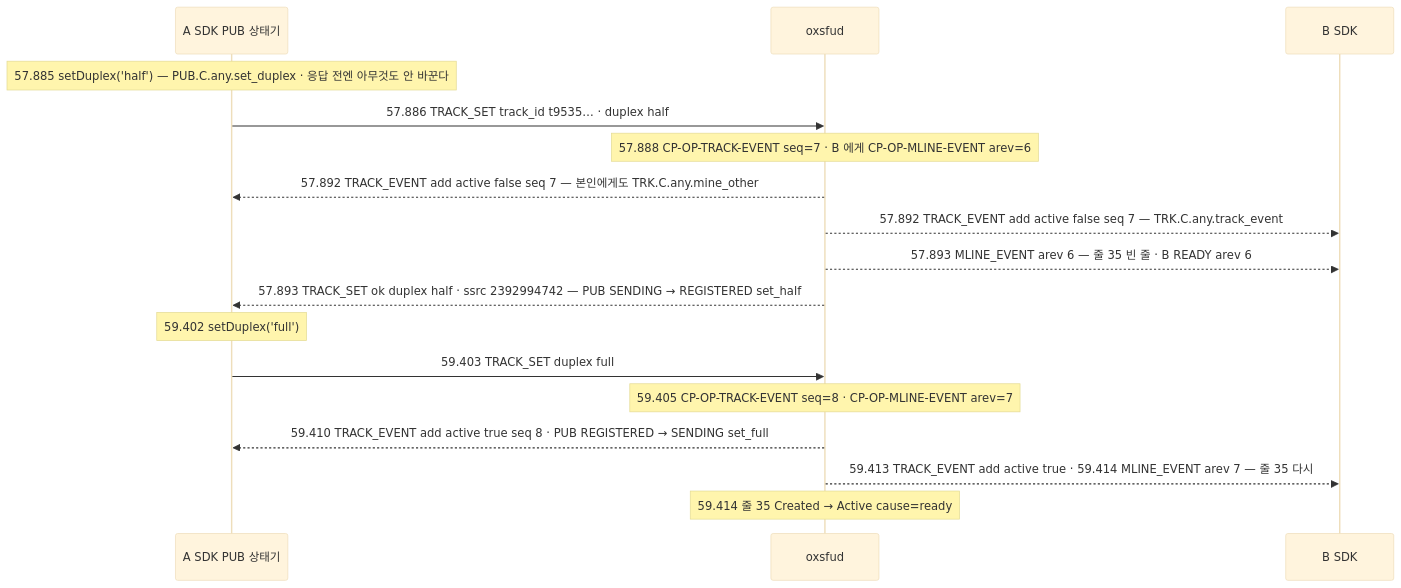
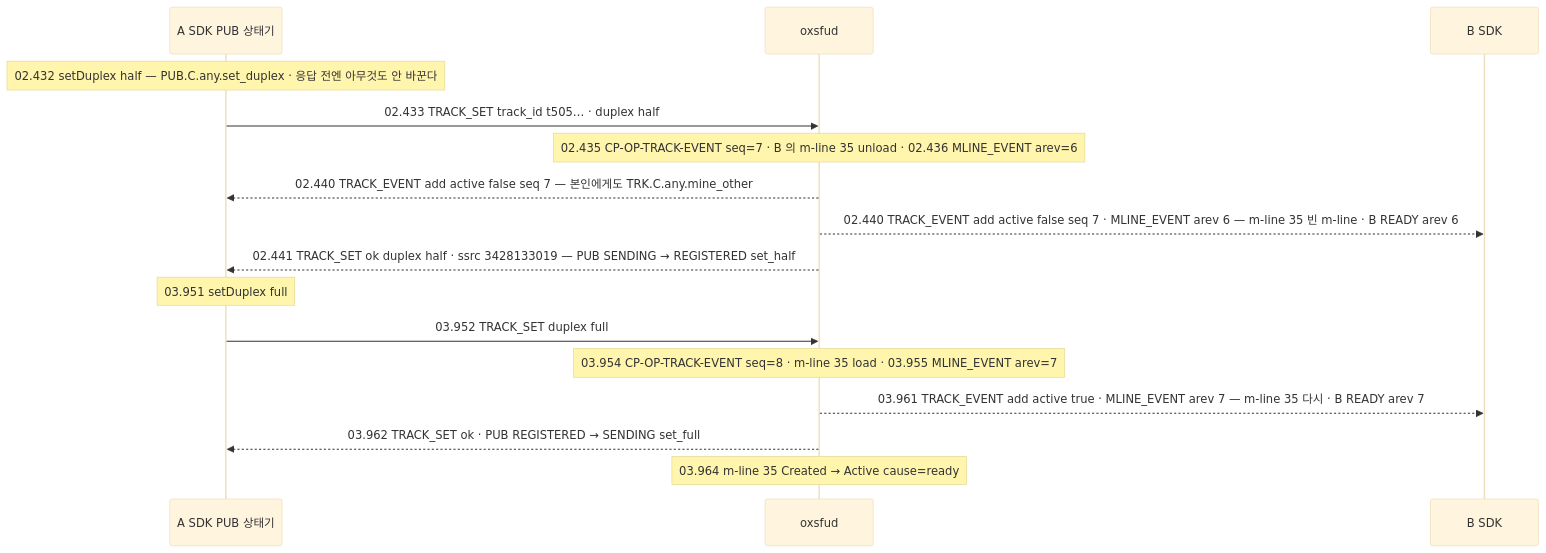
One commit to kodeholic9/oxlens-sfu changed the third of 4 diagrams in docs/learn/06_TRACK_ATTRS.md. Above: the diagram before and after it, drawn with Mermaid (base theme). The commit also changed other lines of this file and 19 other files, not shown here.

````diff
--- a/docs/learn/06_TRACK_ATTRS.md
+++ b/docs/learn/06_TRACK_ATTRS.md
@@ -89,19 +93,18 @@
 ```mermaid
 sequenceDiagram
   participant A as A SDK PUB 상태기
   participant S as oxsfud
   participant B as B SDK
-  Note over A: 57.885 setDuplex('half') — PUB.C.any.set_duplex · 응답 전엔 아무것도 안 바꾼다
-  A->>S: 57.886 TRACK_SET track_id t9535… · duplex half
-  Note over S: 57.888 CP-OP-TRACK-EVENT seq=7 · B 에게 CP-OP-MLINE-EVENT arev=6
-  S-->>A: 57.892 TRACK_EVENT add active false seq 7 — 본인에게도 TRK.C.any.mine_other
-  S-->>B: 57.892 TRACK_EVENT add active false seq 7 — TRK.C.any.track_event
-  S-->>B: 57.893 MLINE_EVENT arev 6 — 줄 35 빈 줄 · B READY arev 6
-  S-->>A: 57.893 TRACK_SET ok duplex half · ssrc 2392994742 — PUB SENDING → REGISTERED set_half
-  Note over A: 59.402 setDuplex('full')
-  A->>S: 59.403 TRACK_SET duplex full
-  Note over S: 59.405 CP-OP-TRACK-EVENT seq=8 · CP-OP-MLINE-EVENT arev=7
-  S-->>A: 59.410 TRACK_EVENT add active true seq 8 · PUB REGISTERED → SENDING set_full
-  S-->>B: 59.413 TRACK_EVENT add active true · 59.414 MLINE_EVENT arev 7 — 줄 35 다시
-  Note over S: 59.414 줄 35 Created → Active cause=ready
+  Note over A: 02.432 setDuplex half — PUB.C.any.set_duplex · 응답 전엔 아무것도 안 바꾼다
+  A->>S: 02.433 TRACK_SET track_id t505… · duplex half
+  Note over S: 02.435 CP-OP-TRACK-EVENT seq=7 · B 의 m-line 35 unload · 02.436 MLINE_EVENT arev=6
+  S-->>A: 02.440 TRACK_EVENT add active false seq 7 — 본인에게도 TRK.C.any.mine_other
+  S-->>B: 02.440 TRACK_EVENT add active false seq 7 · MLINE_EVENT arev 6 — m-line 35 빈 m-line · B READY arev 6
+  S-->>A: 02.441 TRACK_SET ok duplex half · ssrc 3428133019 — PUB SENDING → REGISTERED set_half
+  Note over A: 03.951 setDuplex full
+  A->>S: 03.952 TRACK_SET duplex full
+  Note over S: 03.954 CP-OP-TRACK-EVENT seq=8 · m-line 35 load · 03.955 MLINE_EVENT arev=7
+  S-->>B: 03.961 TRACK_EVENT add active true · MLINE_EVENT arev 7 — m-line 35 다시 · B READY arev 7
+  S-->>A: 03.962 TRACK_SET ok · PUB REGISTERED → SENDING set_full
+  Note over S: 03.964 m-line 35 Created → Active cause=ready
 ```
````
